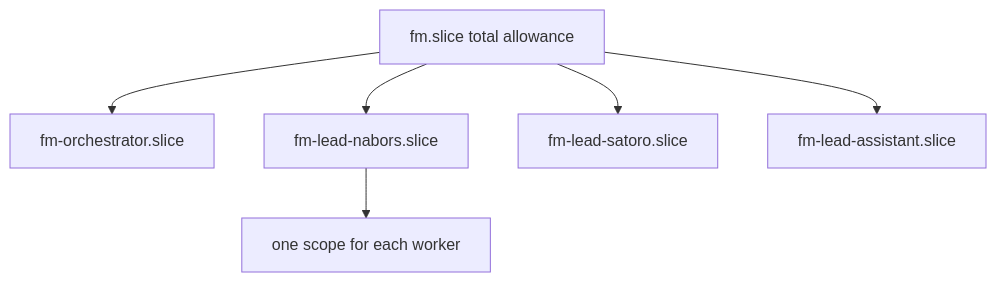
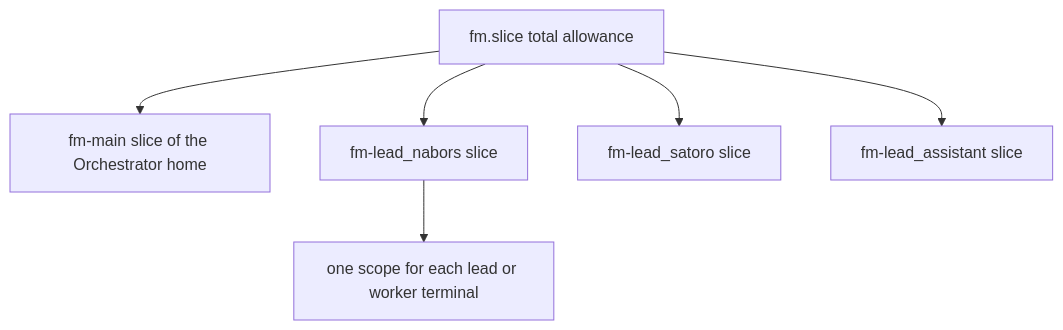
The third of 3 diagrams in docs/fork/README.md (altave-guilherme-monteiro/firstmate), drawn with Mermaid before and after one commit. The commit also changed other lines of this file and 9 other files, not shown here.

First line of the commit message:
Run each home's hc terminals in its own systemd user slice (#17)

````diff
--- a/docs/fork/README.md
+++ b/docs/fork/README.md
@@ -110,8 +110,8 @@
 ```mermaid
 graph TD
-  F[fm.slice total allowance] --> FO[fm-orchestrator.slice]
-  F --> FN[fm-lead-nabors.slice]
-  F --> FS[fm-lead-satoro.slice]
-  F --> FA[fm-lead-assistant.slice]
-  FN --> FNW[one scope for each worker]
+  F[fm.slice total allowance] --> FO[fm-main slice of the Orchestrator home]
+  F --> FN[fm-lead_nabors slice]
+  F --> FS[fm-lead_satoro slice]
+  F --> FA[fm-lead_assistant slice]
+  FN --> FNW[one scope for each lead or worker terminal]
 ```
````
